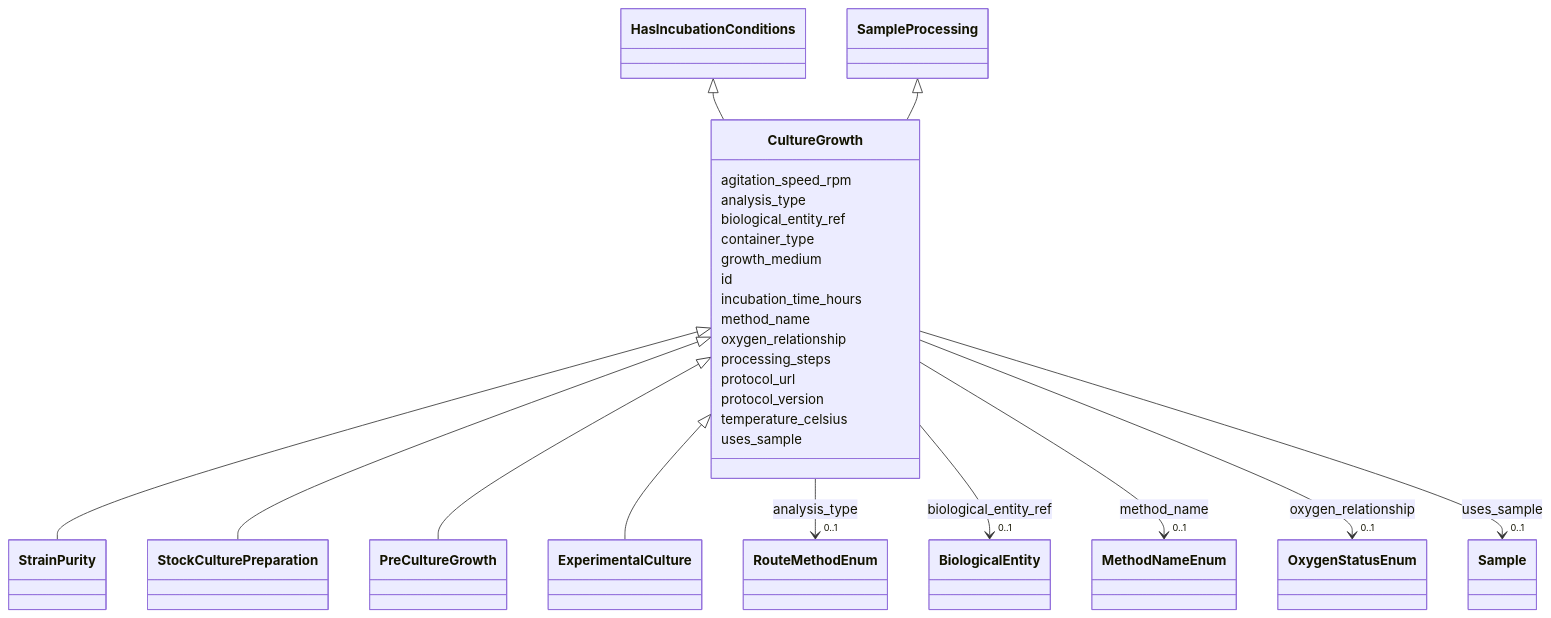
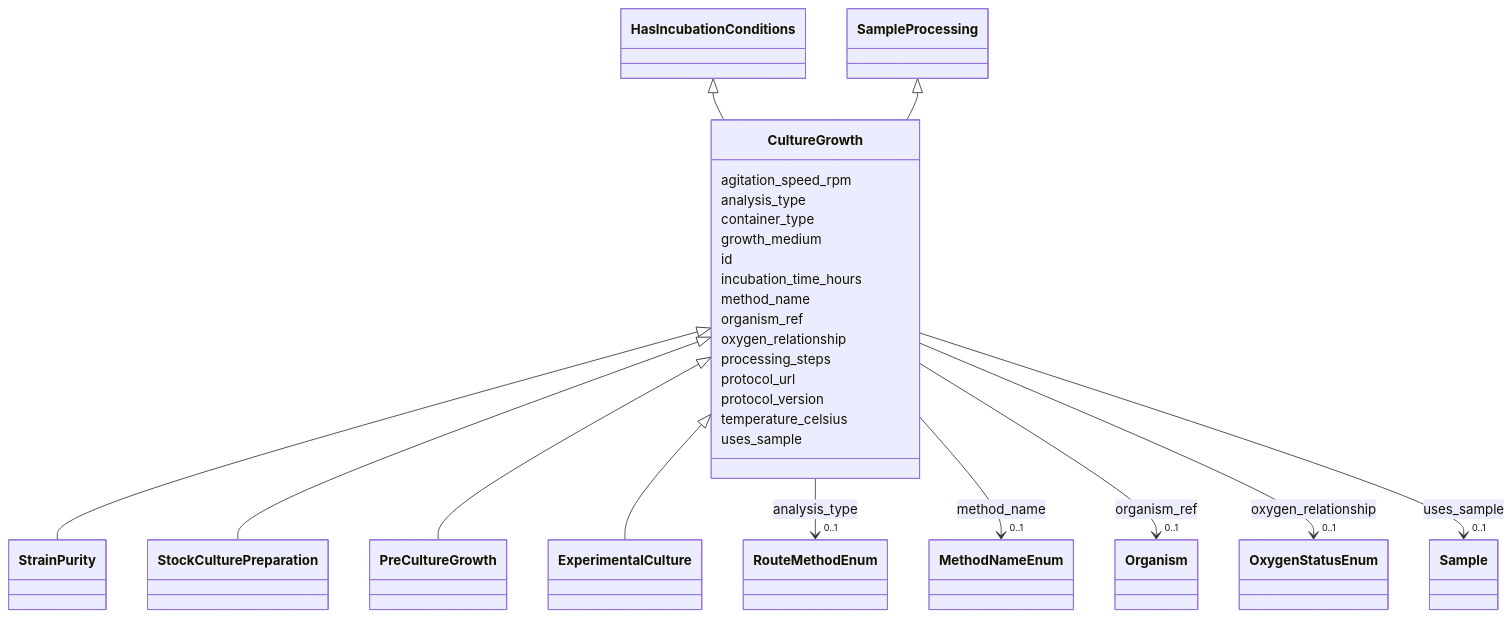
The diagram in docs/elements/CultureGrowth.md (EMSL-Computing/BASALT-Schema), drawn with Mermaid before and after one commit. The commit also changed other lines of this file and 167 other files, not shown here.

Commit message:
refactor 'biological_entity' to 'organism' and regen visualizer, models, docs

```diff
--- a/docs/elements/CultureGrowth.md
+++ b/docs/elements/CultureGrowth.md
@@ -54,17 +54,6 @@
     
 
         
-      CultureGrowth : biological_entity_ref
-        
-          
-    
-        
-        
-        CultureGrowth --> "0..1" BiologicalEntity : biological_entity_ref
-        click BiologicalEntity href "../BiologicalEntity/"
-    
-
-        
       CultureGrowth : container_type
         
       CultureGrowth : growth_medium
@@ -81,6 +70,17 @@
         
         CultureGrowth --> "0..1" MethodNameEnum : method_name
         click MethodNameEnum href "../MethodNameEnum/"
+    
+
+        
+      CultureGrowth : organism_ref
+        
+          
+    
+        
+        
+        CultureGrowth --> "0..1" Organism : organism_ref
+        click Organism href "../Organism/"
     
 
         
```
